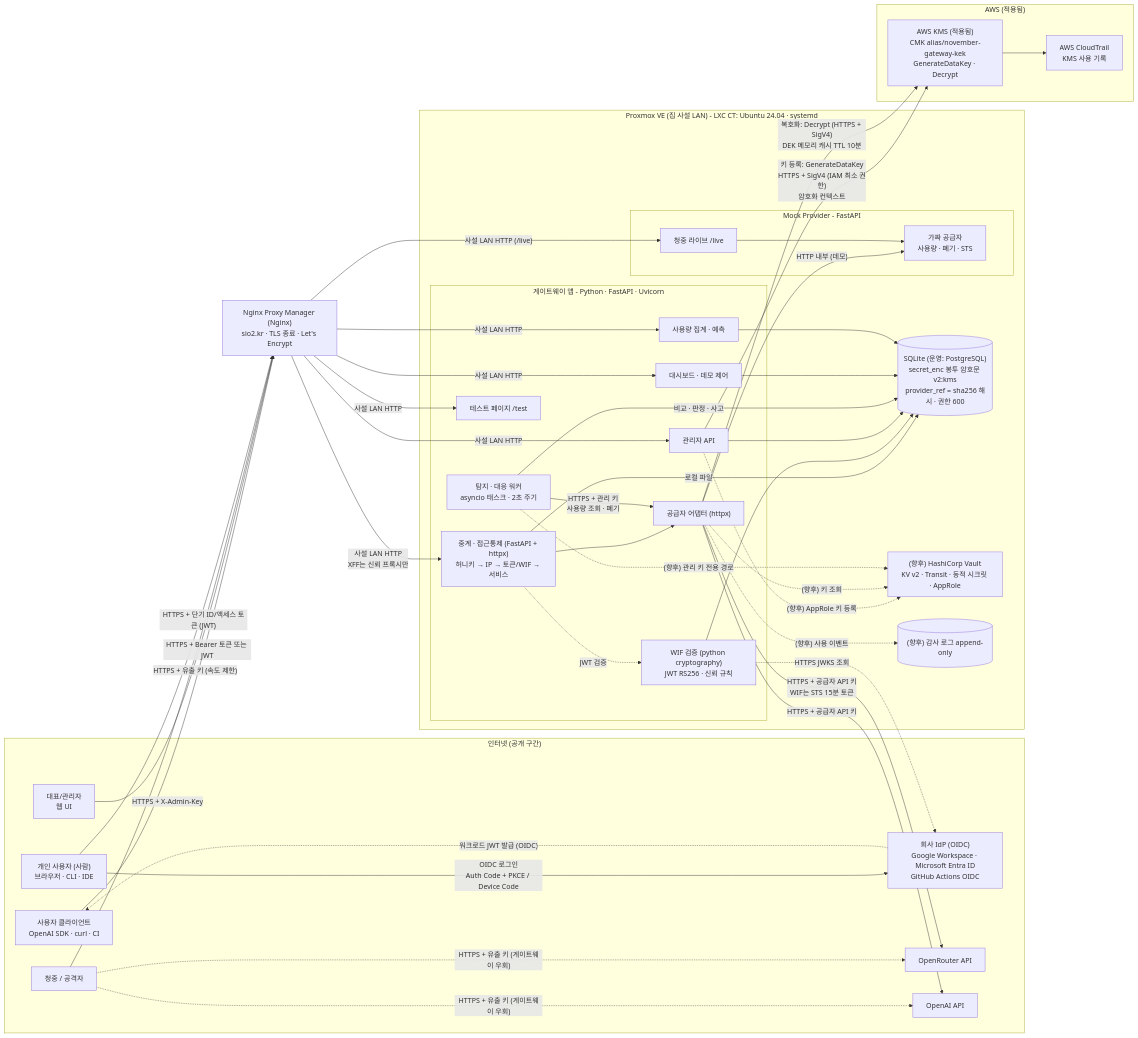
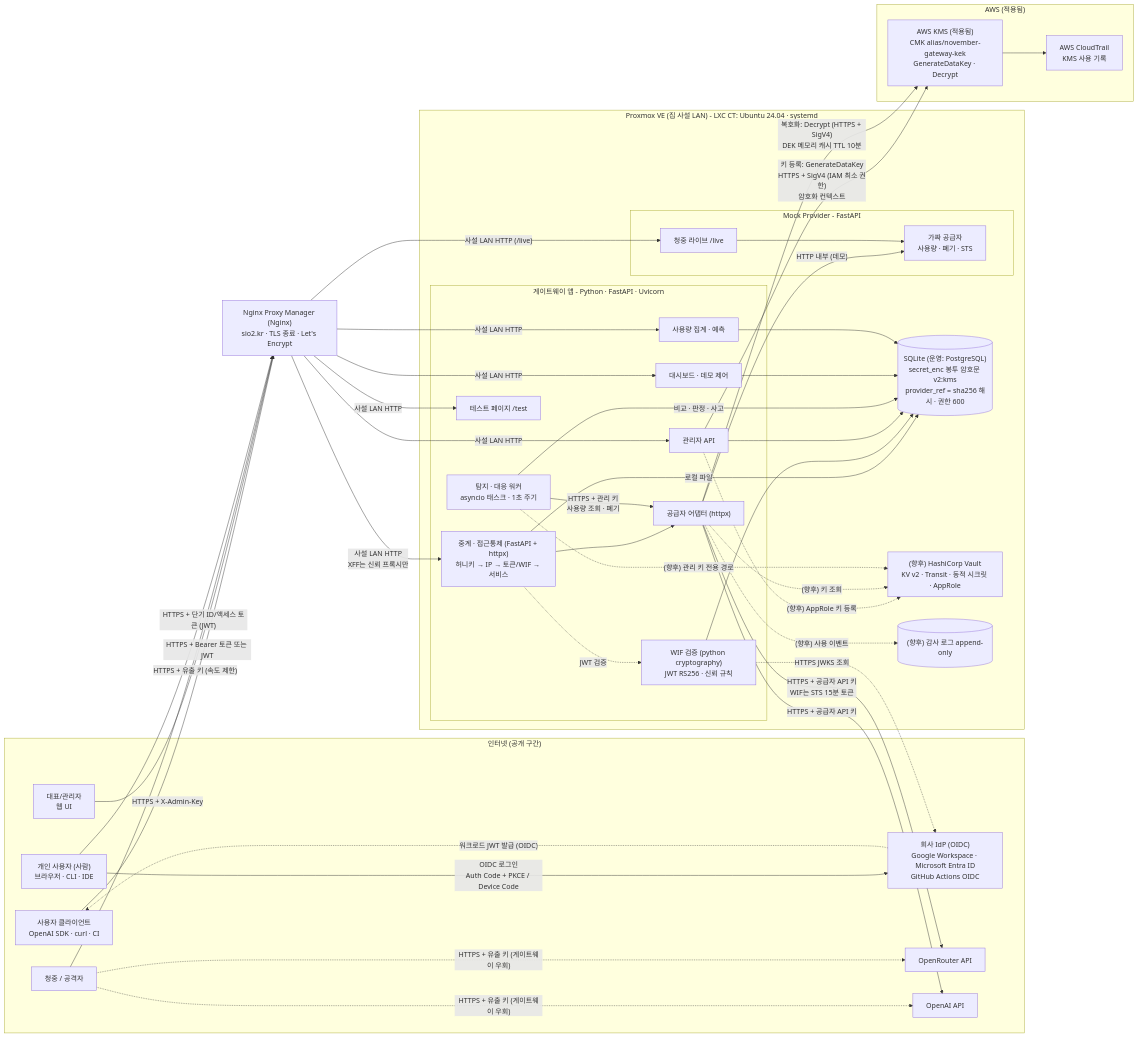
Before and after one commit to Seokyoung-Hong/NovemberApiGateway: the first of 3 diagrams in docs/architecture.md, drawn with Mermaid. The commit also changed other lines of this file and 41 other files, not shown here.

````diff
--- a/docs/architecture.md
+++ b/docs/architecture.md
@@ -77,75 +77,75 @@
 ```mermaid
 flowchart LR
     subgraph NET["인터넷 (공개 구간)"]
         U1["사용자 클라이언트<br/>OpenAI SDK · curl · CI"]
         U2["대표/관리자<br/>웹 UI"]
         U3["청중 / 공격자"]
         U4["회사 IdP (OIDC)<br/>Google Workspace · Microsoft Entra ID<br/>GitHub Actions OIDC"]
         U6["개인 사용자 (사람)<br/>브라우저 · CLI · IDE"]
         P2["OpenRouter API"]
         P3["OpenAI API"]
     end
 
     NPM["Nginx Proxy Manager (Nginx)<br/>sio2.kr · TLS 종료 · Let's Encrypt"]
 
     subgraph PVE["Proxmox VE (집 사설 LAN) - LXC CT: Ubuntu 24.04 · systemd"]
         subgraph GW["게이트웨이 앱 - Python · FastAPI · Uvicorn"]
             G1["중계 · 접근통제 (FastAPI + httpx)<br/>허니키 → IP → 토큰/WIF → 서비스"]
             G3["WIF 검증 (python cryptography)<br/>JWT RS256 · 신뢰 규칙"]
             G2["관리자 API"]
-            D1["탐지 · 대응 워커<br/>asyncio 태스크 · 2초 주기"]
+            D1["탐지 · 대응 워커<br/>asyncio 태스크 · 1초 주기"]
             D2["대시보드 · 데모 제어"]
             U5["사용량 집계 · 예측"]
             G4["공급자 어댑터 (httpx)"]
             T1["테스트 페이지 /test"]
         end
         subgraph MK["Mock Provider - FastAPI"]
             M1["가짜 공급자<br/>사용량 · 폐기 · STS"]
             M2["청중 라이브 /live"]
         end
         S1[("SQLite (운영: PostgreSQL)<br/>secret_enc 봉투 암호문 v2:kms<br/>provider_ref = sha256 해시 · 권한 600")]
         S5["(향후) HashiCorp Vault<br/>KV v2 · Transit · 동적 시크릿 · AppRole"]
         S3[("(향후) 감사 로그 append-only")]
     end
 
     subgraph AWS["AWS (적용됨)"]
         S2["AWS KMS (적용됨)<br/>CMK alias/november-gateway-kek<br/>GenerateDataKey · Decrypt"]
         CT["AWS CloudTrail<br/>KMS 사용 기록"]
     end
 
     U1 -- "HTTPS + Bearer 토큰 또는 JWT" --> NPM
     U2 -- "HTTPS + X-Admin-Key" --> NPM
     U3 -- "HTTPS + 유출 키 (속도 제한)" --> NPM
     U4 -. "워크로드 JWT 발급 (OIDC)" .-> U1
     U6 -- "OIDC 로그인<br/>Auth Code + PKCE / Device Code" --> U4
     U6 -- "HTTPS + 단기 ID/액세스 토큰 (JWT)" --> NPM
     G3 -. "HTTPS JWKS 조회" .-> U4
     NPM -- "사설 LAN HTTP<br/>XFF는 신뢰 프록시만" --> G1
     NPM -- "사설 LAN HTTP" --> G2
     NPM -- "사설 LAN HTTP" --> D2
     NPM -- "사설 LAN HTTP" --> U5
     NPM -- "사설 LAN HTTP" --> T1
     NPM -- "사설 LAN HTTP (/live)" --> M2
     G1 -. "JWT 검증" .-> G3
     G1 --> G4
     G4 -- "HTTPS + 공급자 API 키<br/>WIF는 STS 15분 토큰" --> P2
     G4 -- "HTTPS + 공급자 API 키" --> P3
     G4 -- "HTTP 내부 (데모)" --> M1
     M2 --> M1
     U3 -. "HTTPS + 유출 키 (게이트웨이 우회)" .-> P2
     U3 -. "HTTPS + 유출 키 (게이트웨이 우회)" .-> P3
     D1 -- "HTTPS + 관리 키<br/>사용량 조회 · 폐기" --> G4
     G1 -- "로컬 파일" --> S1
     G3 --> S1
     G2 --> S1
     D1 -- "비교 · 판정 · 사고" --> S1
     D2 --> S1
     U5 --> S1
     G2 -- "키 등록: GenerateDataKey<br/>HTTPS + SigV4 (IAM 최소 권한)<br/>암호화 컨텍스트" --> S2
     G4 -- "복호화: Decrypt (HTTPS + SigV4)<br/>DEK 메모리 캐시 TTL 10분" --> S2
     S2 --> CT
     G2 -. "(향후) AppRole 키 등록" .-> S5
     G4 -. "(향후) 키 조회" .-> S5
     D1 -. "(향후) 관리 키 전용 경로" .-> S5
     G4 -. "(향후) 사용 이벤트" .-> S3
 ```
````
